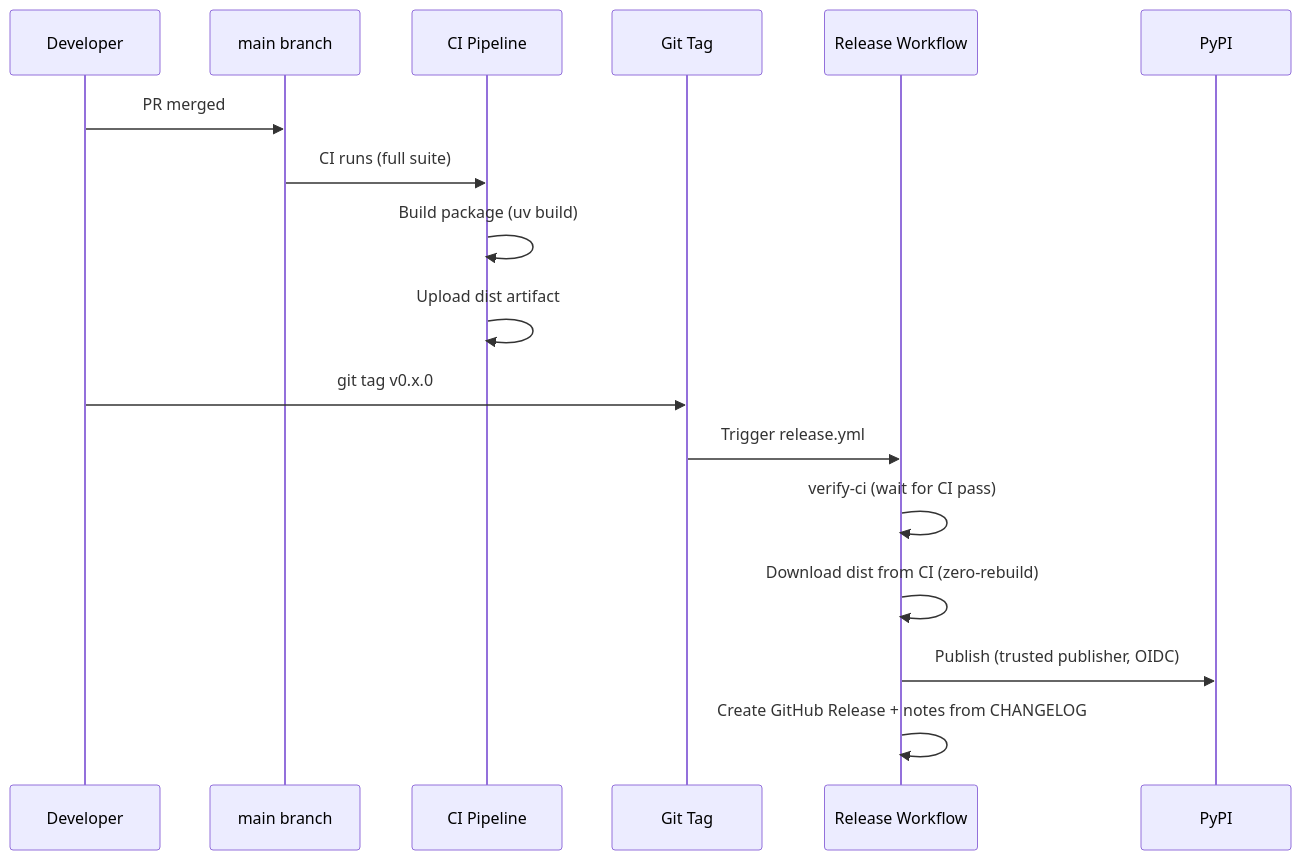
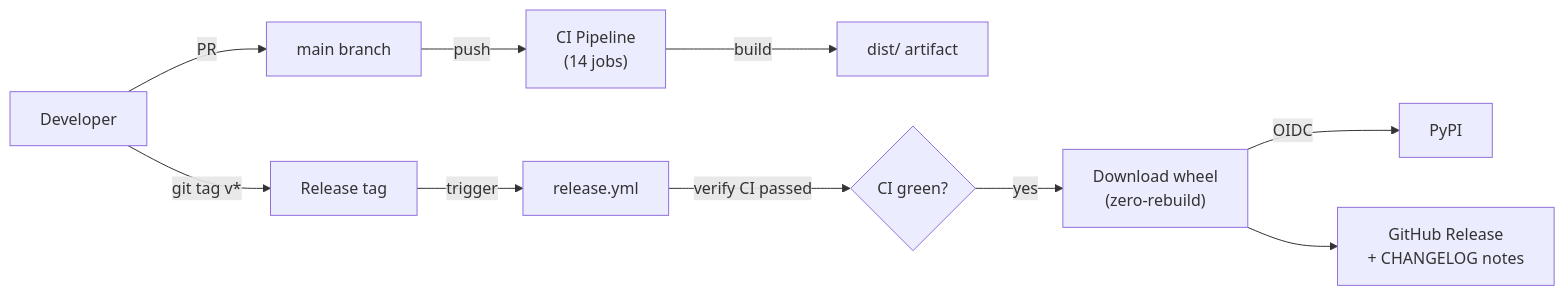
One commit to arcasilesgroup/ai-engineering changed the sixth of 10 diagrams in docs/solution-intent.md. Above: the diagram before and after it, drawn with Mermaid. The commit also changed other lines of this file and 32 other files, not shown here.

First line of the commit message:
chore: normalize labels, configure GitHub Projects v2, add label-sync (#306)

````diff
--- a/docs/solution-intent.md
+++ b/docs/solution-intent.md
@@ -518,21 +361,12 @@
 ```mermaid
-sequenceDiagram
-    participant Dev as Developer
-    participant Main as main branch
-    participant CI as CI Pipeline
-    participant Tag as Git Tag
-    participant Release as Release Workflow
-    participant PyPI as PyPI
-
-    Dev->>Main: PR merged
-    Main->>CI: CI runs (full suite)
-    CI->>CI: Build package (uv build)
-    CI->>CI: Upload dist artifact
-
-    Dev->>Tag: git tag v0.x.0
-    Tag->>Release: Trigger release.yml
-    Release->>Release: verify-ci (wait for CI pass)
-    Release->>Release: Download dist from CI (zero-rebuild)
-    Release->>PyPI: Publish (trusted publisher, OIDC)
-    Release->>Release: Create GitHub Release + notes from CHANGELOG
+flowchart LR
+    Dev["Developer"] -->|PR| Main["main branch"]
+    Main -->|push| CI["CI Pipeline<br/>(14 jobs)"]
+    CI -->|build| Wheel["dist/ artifact"]
+    Dev -->|git tag v*| Tag["Release tag"]
+    Tag -->|trigger| Release["release.yml"]
+    Release -->|verify CI passed| Check{CI green?}
+    Check -->|yes| Download["Download wheel<br/>(zero-rebuild)"]
+    Download -->|OIDC| PyPI["PyPI"]
+    Download --> GHR["GitHub Release<br/>+ CHANGELOG notes"]
 ```
````
